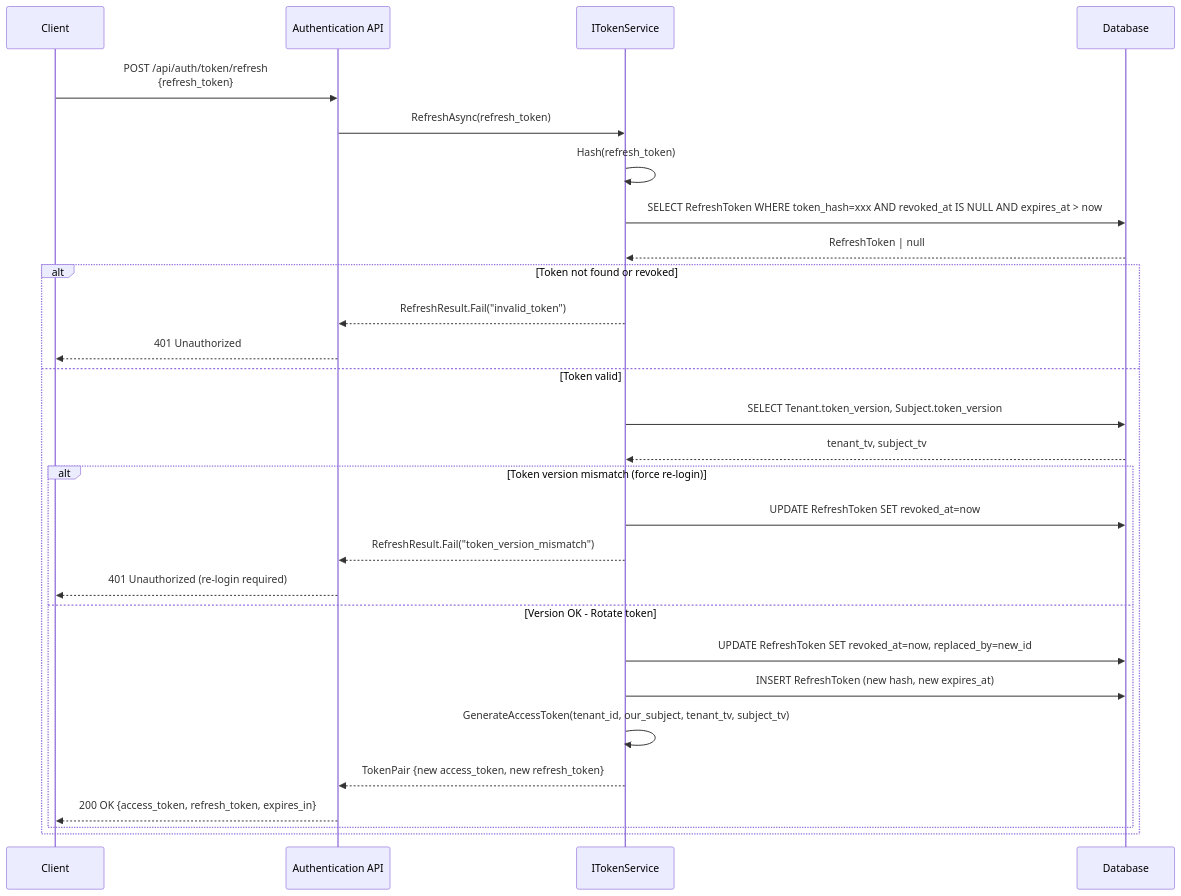
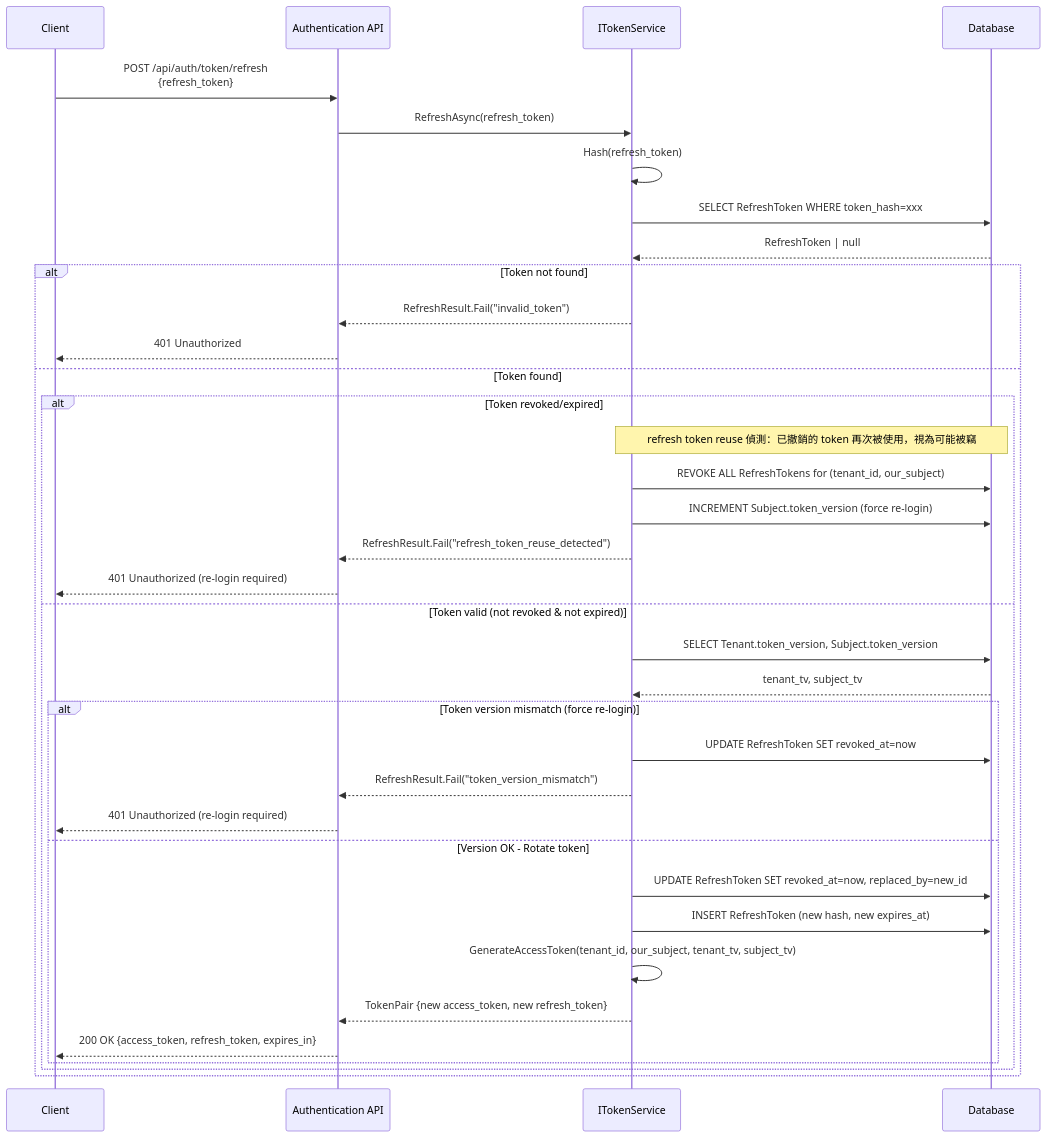
Before and after one commit to Bird73/Service: the fifth of 10 diagrams in docs/SequenceDiagrams.md, drawn with Mermaid. The commit also changed other lines of this file and 2 other files, not shown here.

Commit message:
Fix sequence diagrams (PKCE/nonce, authz claims) and add denylist abstraction

````diff
--- a/docs/SequenceDiagrams.md
+++ b/docs/SequenceDiagrams.md
@@ -154,33 +165,41 @@
 ```mermaid
 sequenceDiagram
     participant C as Client
     participant API as Authentication API
     participant TS as ITokenService
     participant DB as Database
 
     C->>API: POST /api/auth/token/refresh<br/>{refresh_token}
     API->>TS: RefreshAsync(refresh_token)
     TS->>TS: Hash(refresh_token)
-    TS->>DB: SELECT RefreshToken WHERE token_hash=xxx AND revoked_at IS NULL AND expires_at > now
+    TS->>DB: SELECT RefreshToken WHERE token_hash=xxx
     DB-->>TS: RefreshToken | null
 
-    alt Token not found or revoked
+    alt Token not found
         TS-->>API: RefreshResult.Fail("invalid_token")
         API-->>C: 401 Unauthorized
-    else Token valid
+    else Token found
+        alt Token revoked/expired
+            note over TS,DB: refresh token reuse 偵測：已撤銷的 token 再次被使用，視為可能被竊
+            TS->>DB: REVOKE ALL RefreshTokens for (tenant_id, our_subject)
+            TS->>DB: INCREMENT Subject.token_version (force re-login)
+            TS-->>API: RefreshResult.Fail("refresh_token_reuse_detected")
+            API-->>C: 401 Unauthorized (re-login required)
+        else Token valid (not revoked & not expired)
         TS->>DB: SELECT Tenant.token_version, Subject.token_version
         DB-->>TS: tenant_tv, subject_tv
 
         alt Token version mismatch (force re-login)
             TS->>DB: UPDATE RefreshToken SET revoked_at=now
             TS-->>API: RefreshResult.Fail("token_version_mismatch")
             API-->>C: 401 Unauthorized (re-login required)
         else Version OK - Rotate token
             TS->>DB: UPDATE RefreshToken SET revoked_at=now, replaced_by=new_id
             TS->>DB: INSERT RefreshToken (new hash, new expires_at)
             TS->>TS: GenerateAccessToken(tenant_id, our_subject, tenant_tv, subject_tv)
             TS-->>API: TokenPair {new access_token, new refresh_token}
             API-->>C: 200 OK {access_token, refresh_token, expires_in}
         end
+        end
     end
 ```
````
